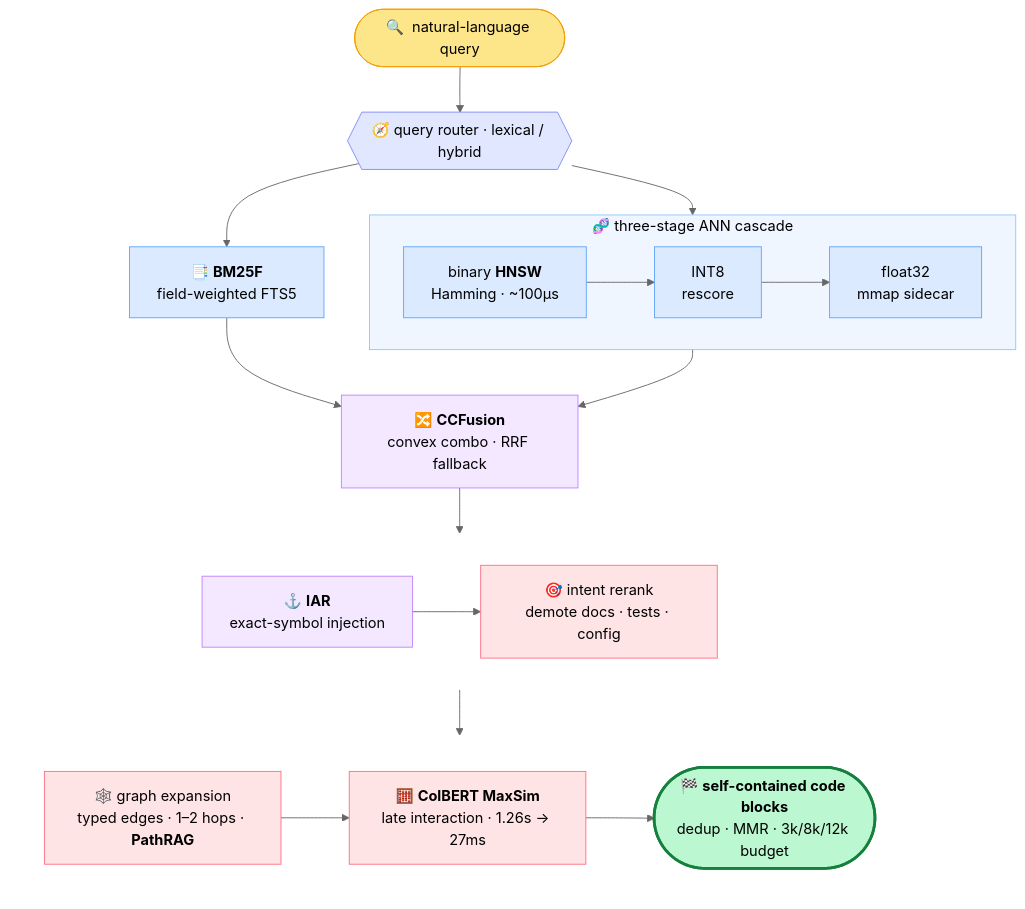
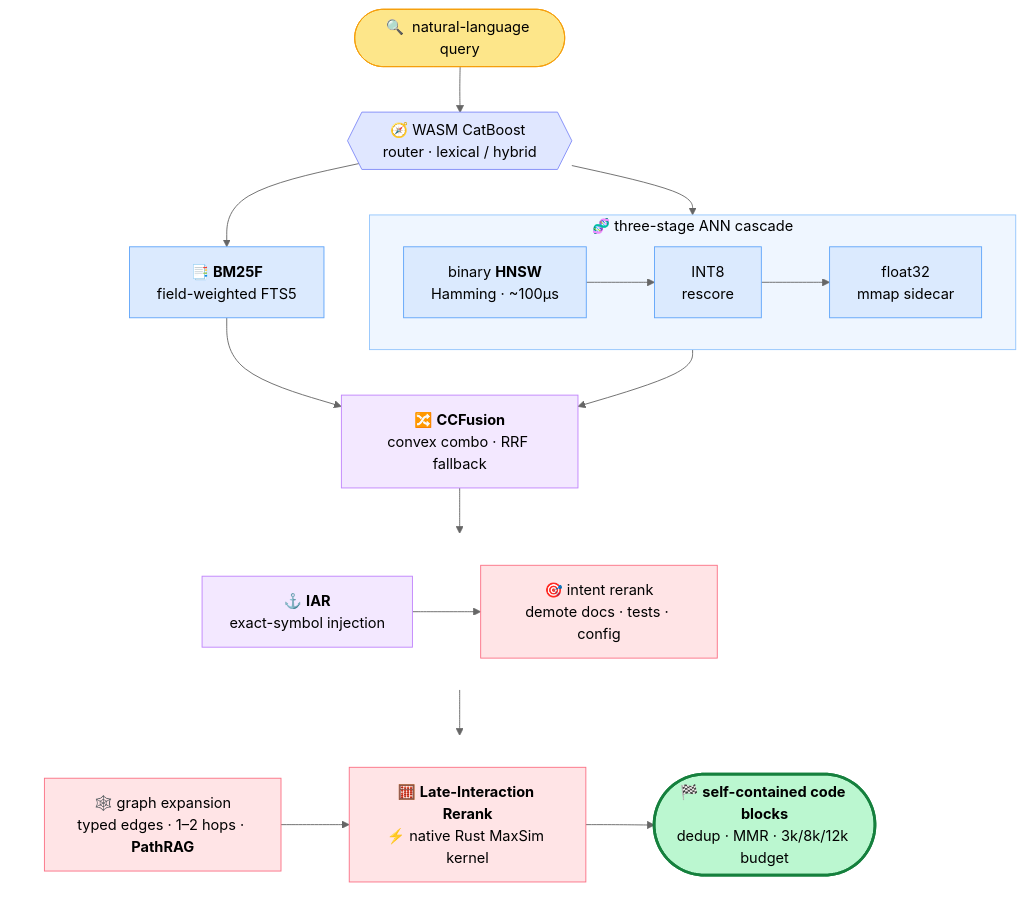
One commit to mrsladoje/sweet-search changed the diagram in README.md. Above: the diagram before and after it, drawn with Mermaid (neutral theme). The commit also changed other lines of this file, not shown here.

````diff
--- a/README.md
+++ b/README.md
@@ -217,46 +214,46 @@
 ```mermaid
 flowchart TD
-    Q(["🔍  natural-language query"]) --> ROUTE{{"🧭 query router · lexical / hybrid"}}
+    Q(["🔍  natural-language query"]) --> ROUTE{{"🧭 WASM CatBoost router · lexical / hybrid"}}
 
     ROUTE --> BM["📑 <b>BM25F</b><br/>field-weighted FTS5"]
     ROUTE --> ANN
 
     subgraph ANN ["🧬 three-stage ANN cascade"]
         direction LR
         BIN["binary <b>HNSW</b><br/>Hamming · ~100µs"] --> INT["INT8<br/>rescore"] --> FL["float32<br/>mmap sidecar"]
     end
 
     BM  --> FUSE
     ANN --> FUSE
     FUSE["🔀 <b>CCFusion</b><br/>convex combo · RRF fallback"] --> ROW1
 
     subgraph ROW1 [" "]
         direction LR
         IAR["⚓ <b>IAR</b><br/>exact-symbol injection"] --> INTENT["🎯 intent rerank<br/>demote docs · tests · config"]
     end
 
     ROW1 --> ROW2
 
     subgraph ROW2 [" "]
         direction LR
-        GRAPH["🕸️ graph expansion<br/>typed edges · 1–2 hops · <b>PathRAG</b>"] --> MAXSIM["🧮 <b>ColBERT MaxSim</b><br/>late interaction · 1.26s → 27ms"] --> OUT(["🏁 <b>self-contained code blocks</b><br/>dedup · MMR · 3k/8k/12k budget"])
+        GRAPH["🕸️ graph expansion<br/>typed edges · 1–2 hops · <b>PathRAG</b>"] --> MAXSIM["🧮 <b>Late-Interaction Rerank</b><br/>⚡ native Rust MaxSim kernel"] --> OUT(["🏁 <b>self-contained code blocks</b><br/>dedup · MMR · 3k/8k/12k budget"])
     end
 
     classDef io    fill:#fde68a,stroke:#f59e0b,color:#000;
     classDef out   fill:#bbf7d0,stroke:#15803d,color:#000,stroke-width:3px;
     classDef route fill:#e0e7ff,stroke:#818cf8,color:#000;
     classDef lex   fill:#dbeafe,stroke:#60a5fa,color:#000;
     classDef fuse  fill:#f3e8ff,stroke:#c084fc,color:#000;
     classDef rank  fill:#ffe4e6,stroke:#fb7185,color:#000;
 
     class Q io;
     class OUT out;
     class ROUTE route;
     class BM,BIN,INT,FL lex;
     class FUSE,IAR fuse;
     class INTENT,GRAPH,MAXSIM rank;
 
     style ANN  fill:#eff6ff,stroke:#93c5fd,color:#000;
     style ROW1 fill:none,stroke:none;
     style ROW2 fill:none,stroke:none;
 ```
````
